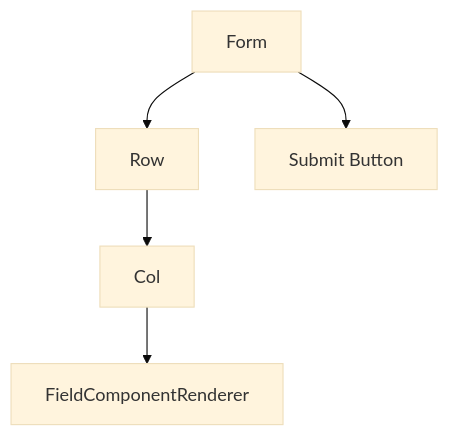
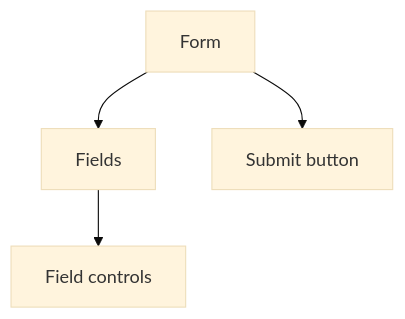
Before and after one commit to whynotsnow/dynamic-form: the first of 2 diagrams in apps/docs-site/i18n/en/docusaurus-plugin-content-docs/current/rendering-and-ui.md, drawn with Mermaid (base theme). The commit also changed other lines of this file and 13 other files, not shown here.

````diff
--- a/apps/docs-site/i18n/en/docusaurus-plugin-content-docs/current/rendering-and-ui.md
+++ b/apps/docs-site/i18n/en/docusaurus-plugin-content-docs/current/rendering-and-ui.md
@@ -9,7 +16,6 @@
 ```mermaid
 flowchart TD
-  form["Form"] --> row["Row"]
-  row --> col["Col"]
-  col --> renderer["FieldComponentRenderer"]
-  form --> submit["Submit Button"]
+  form["Form"] --> fields["Fields"]
+  fields --> controls["Field controls"]
+  form --> submit["Submit button"]
 ```
````
